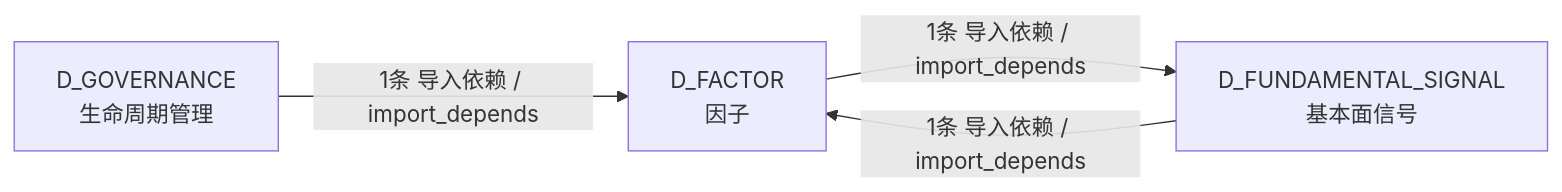
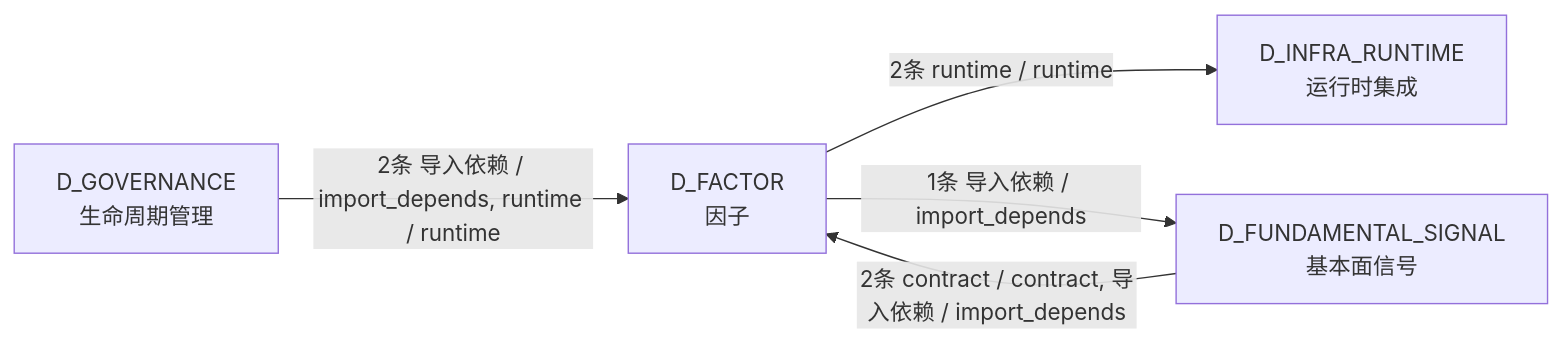
The fourth of 4 diagrams in docs/02_enterprise_architecture/02_domain_architecture_docs/29_d_factor.md (xuanFelixVan/ZephyrAlpha), drawn with Mermaid before and after one commit. The commit also changed other lines of this file and 100 other files, not shown here.

````diff
--- a/docs/02_enterprise_architecture/02_domain_architecture_docs/29_d_factor.md
+++ b/docs/02_enterprise_architecture/02_domain_architecture_docs/29_d_factor.md
@@ -194,9 +210,11 @@
 ```mermaid
 graph LR
     D_FACTOR["D_FACTOR<br/>因子"]
+    D_INFRA_RUNTIME["D_INFRA_RUNTIME<br/>运行时集成"]
     D_FUNDAMENTAL_SIGNAL["D_FUNDAMENTAL_SIGNAL<br/>基本面信号"]
     D_GOVERNANCE["D_GOVERNANCE<br/>生命周期管理"]
+    D_FACTOR -->|2条 runtime / runtime| D_INFRA_RUNTIME
     D_FACTOR -->|1条 导入依赖 / import_depends| D_FUNDAMENTAL_SIGNAL
-    D_FUNDAMENTAL_SIGNAL -->|1条 导入依赖 / import_depends| D_FACTOR
-    D_GOVERNANCE -->|1条 导入依赖 / import_depends| D_FACTOR
+    D_FUNDAMENTAL_SIGNAL -->|2条 contract / contract, 导入依赖 / import_depends| D_FACTOR
+    D_GOVERNANCE -->|2条 导入依赖 / import_depends, runtime / runtime| D_FACTOR
 ```
````
